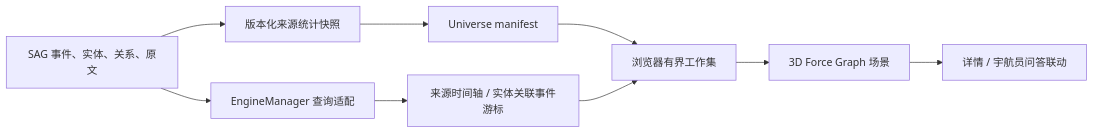
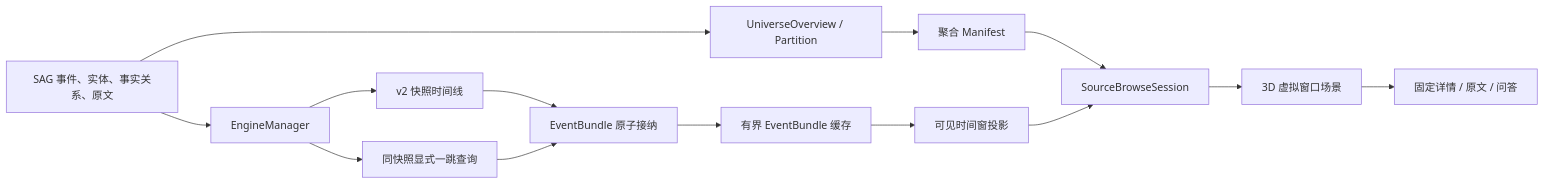
The diagram in docs/architecture/knowledge-universe.md (ilssn/sag), drawn with Mermaid before and after one commit. The commit also changed other lines of this file and 40 other files, not shown here.

First line of the commit message:
feat: 知识宇宙图谱优化 + LLM 多提供商路由

````diff
--- a/docs/architecture/knowledge-universe.md
+++ b/docs/architecture/knowledge-universe.md
@@ -23,11 +38,16 @@
 ```mermaid
 flowchart LR
-    FACTS["SAG 事件、实体、关系、原文"] --> ENGINE["EngineManager 查询适配"]
-    FACTS --> SNAPSHOT["版本化来源统计快照"]
-    SNAPSHOT --> MANIFEST["Universe manifest"]
-    ENGINE --> CURSOR["来源时间轴 / 实体关联事件游标"]
-    MANIFEST --> WORKSET["浏览器有界工作集"]
-    CURSOR --> WORKSET
-    WORKSET --> SCENE["3D Force Graph 场景"]
-    SCENE --> PET["详情 / 宇航员问答联动"]
+    FACTS["SAG 事件、实体、事实关系、原文"] --> ENGINE["EngineManager"]
+    FACTS --> SNAPSHOT["UniverseOverview / Partition"]
+    SNAPSHOT --> MANIFEST["聚合 Manifest"]
+    ENGINE --> TIMELINE["v2 快照时间线"]
+    ENGINE --> EXPAND["同快照显式一跳查询"]
+    MANIFEST --> SESSION["SourceBrowseSession"]
+    TIMELINE --> ADMISSION["EventBundle 原子接纳"]
+    EXPAND --> ADMISSION
+    ADMISSION --> CACHE["有界 EventBundle 缓存"]
+    CACHE --> WINDOW["可见时间窗投影"]
+    WINDOW --> SESSION
+    SESSION --> SCENE["3D 虚拟窗口场景"]
+    SCENE --> INSPECTOR["固定详情 / 原文 / 问答"]
 ```
````
